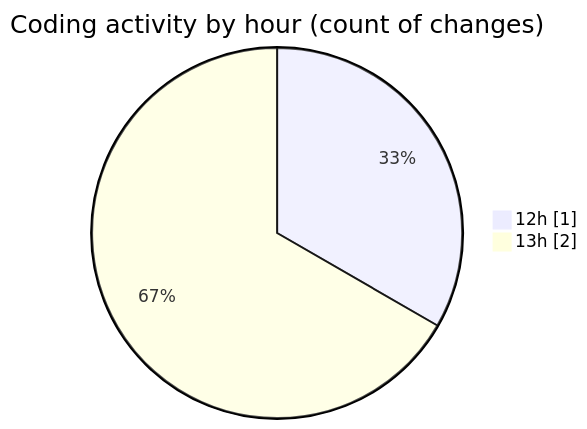
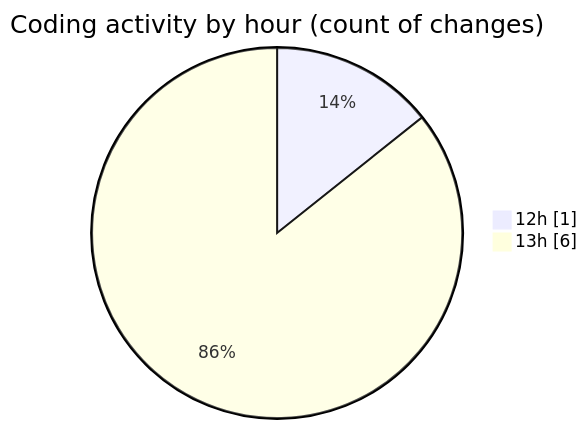
One commit to charlie-sans/code-tracking changed the second of 2 diagrams in 2025-03-10/jmasm/README.md. Above: the diagram before and after it, drawn with Mermaid. The commit also changed other lines of this file and 1 other file, not shown here.

````diff
--- a/2025-03-10/jmasm/README.md
+++ b/2025-03-10/jmasm/README.md
@@ -30,6 +32,6 @@
 ```mermaid
 pie showData
 title Coding activity by hour (count of changes)
 "12h" : 1
-"13h" : 2
+"13h" : 6
 ```
````
